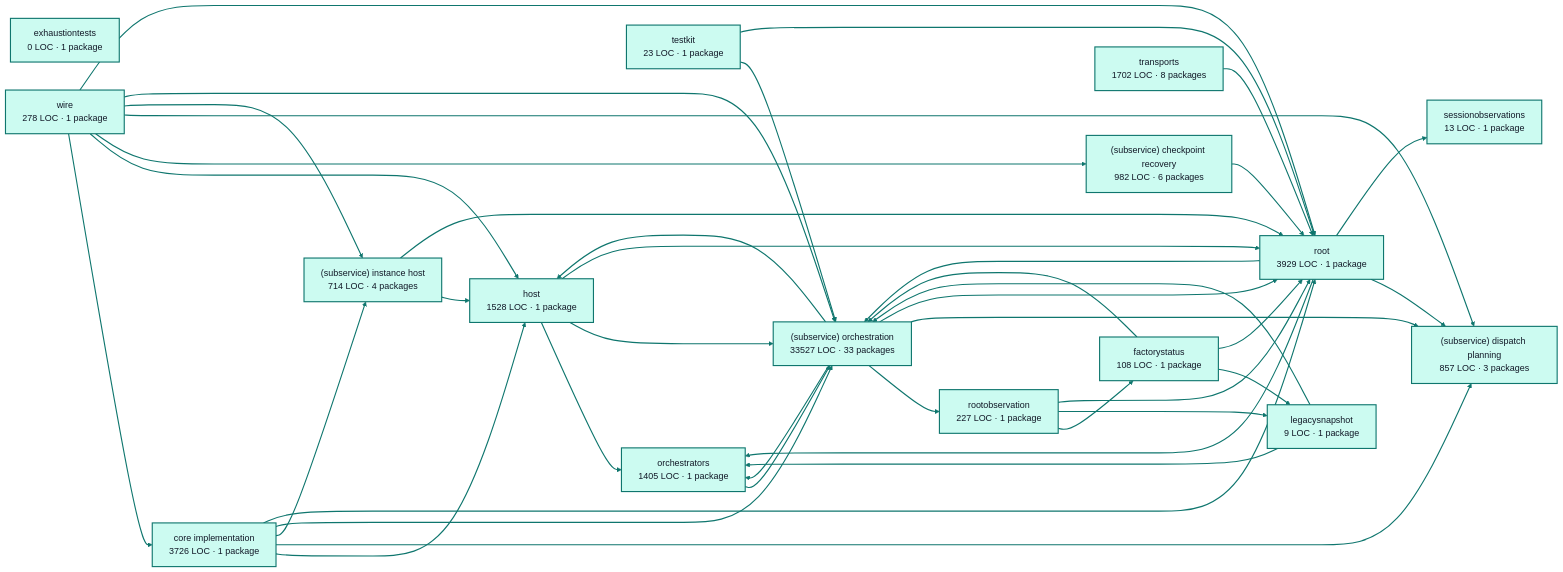
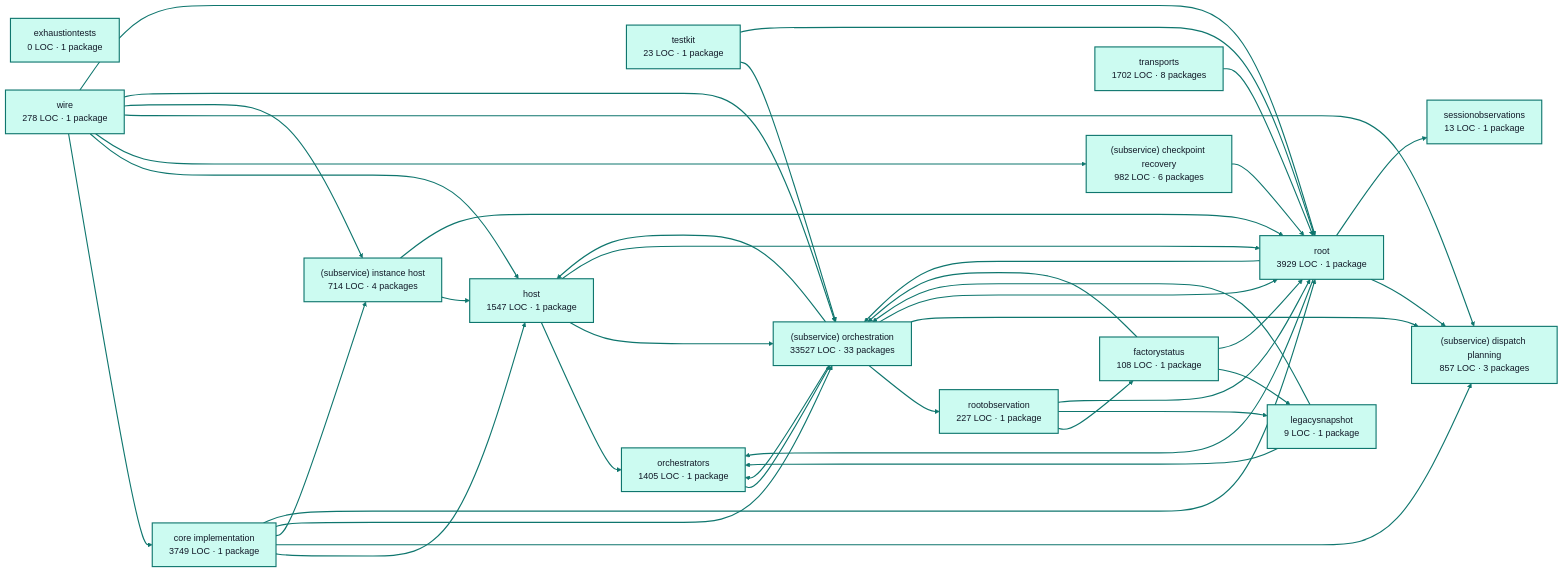
One commit to portpowered/you-agent-factory changed the diagram in docs/architecture/visualizations/services/factory_runtime.md. Above: the diagram before and after it, drawn with Mermaid (forest theme). The commit also changed other lines of this file and 20 other files, not shown here.

Commit message:
docs: refresh backend architecture visualizations

````diff
--- a/docs/architecture/visualizations/services/factory_runtime.md
+++ b/docs/architecture/visualizations/services/factory_runtime.md
@@ -11,75 +11,75 @@
 ```mermaid
 flowchart LR
-  p0["core implementation<br/>3726 LOC · 1 package"]
+  p0["core implementation<br/>3749 LOC · 1 package"]
   p1["exhaustiontests<br/>0 LOC · 1 package"]
   p2["factorystatus<br/>108 LOC · 1 package"]
-  p3["host<br/>1528 LOC · 1 package"]
+  p3["host<br/>1547 LOC · 1 package"]
   p4["legacysnapshot<br/>9 LOC · 1 package"]
   p5["orchestrators<br/>1405 LOC · 1 package"]
   p6["rootobservation<br/>227 LOC · 1 package"]
   p7["(subservice) checkpoint recovery<br/>982 LOC · 6 packages"]
   p8["(subservice) dispatch planning<br/>857 LOC · 3 packages"]
   p9["(subservice) instance host<br/>714 LOC · 4 packages"]
   p10["(subservice) orchestration<br/>33527 LOC · 33 packages"]
   p11["sessionobservations<br/>13 LOC · 1 package"]
   p12["testkit<br/>23 LOC · 1 package"]
   p13["root<br/>3929 LOC · 1 package"]
   p14["transports<br/>1702 LOC · 8 packages"]
   p15["wire<br/>278 LOC · 1 package"]
   p0 --> p3
   p0 --> p8
   p0 --> p9
   p0 --> p10
   p0 --> p13
   p2 --> p4
   p2 --> p10
   p2 --> p13
   p3 --> p5
   p3 --> p10
   p3 --> p13
   p4 --> p5
   p4 --> p10
   p5 --> p10
   p6 --> p2
   p6 --> p4
   p6 --> p13
   p7 --> p13
   p9 --> p3
   p9 --> p13
   p10 --> p3
   p10 --> p5
   p10 --> p6
   p10 --> p8
   p10 --> p13
   p12 --> p10
   p12 --> p13
   p13 --> p5
   p13 --> p8
   p13 --> p10
   p13 --> p11
   p14 --> p13
   p15 --> p0
   p15 --> p3
   p15 --> p7
   p15 --> p8
   p15 --> p9
   p15 --> p10
   p15 --> p13
   style p0 fill:#ccfbf1,stroke:#0f766e,stroke-width:2px,color:#111827
   style p1 fill:#ccfbf1,stroke:#0f766e,stroke-width:2px,color:#111827
   style p2 fill:#ccfbf1,stroke:#0f766e,stroke-width:2px,color:#111827
   style p3 fill:#ccfbf1,stroke:#0f766e,stroke-width:2px,color:#111827
   style p4 fill:#ccfbf1,stroke:#0f766e,stroke-width:2px,color:#111827
   style p5 fill:#ccfbf1,stroke:#0f766e,stroke-width:2px,color:#111827
   style p6 fill:#ccfbf1,stroke:#0f766e,stroke-width:2px,color:#111827
   style p7 fill:#ccfbf1,stroke:#0f766e,stroke-width:2px,color:#111827
   style p8 fill:#ccfbf1,stroke:#0f766e,stroke-width:2px,color:#111827
   style p9 fill:#ccfbf1,stroke:#0f766e,stroke-width:2px,color:#111827
   style p10 fill:#ccfbf1,stroke:#0f766e,stroke-width:2px,color:#111827
   style p11 fill:#ccfbf1,stroke:#0f766e,stroke-width:2px,color:#111827
   style p12 fill:#ccfbf1,stroke:#0f766e,stroke-width:2px,color:#111827
   style p13 fill:#ccfbf1,stroke:#0f766e,stroke-width:2px,color:#111827
   style p14 fill:#ccfbf1,stroke:#0f766e,stroke-width:2px,color:#111827
   style p15 fill:#ccfbf1,stroke:#0f766e,stroke-width:2px,color:#111827
   linkStyle default stroke:#0f766e,stroke-width:2px
 ```
````
